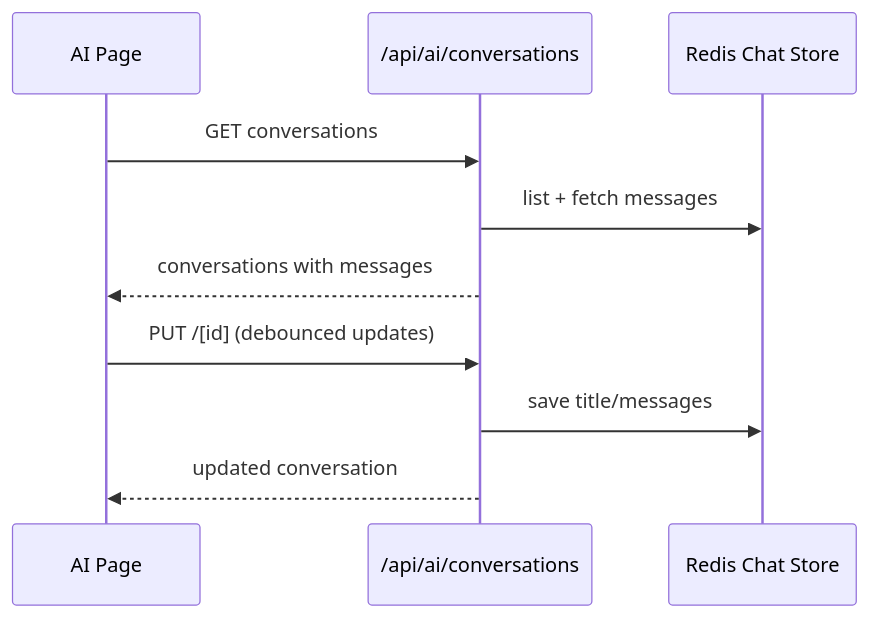
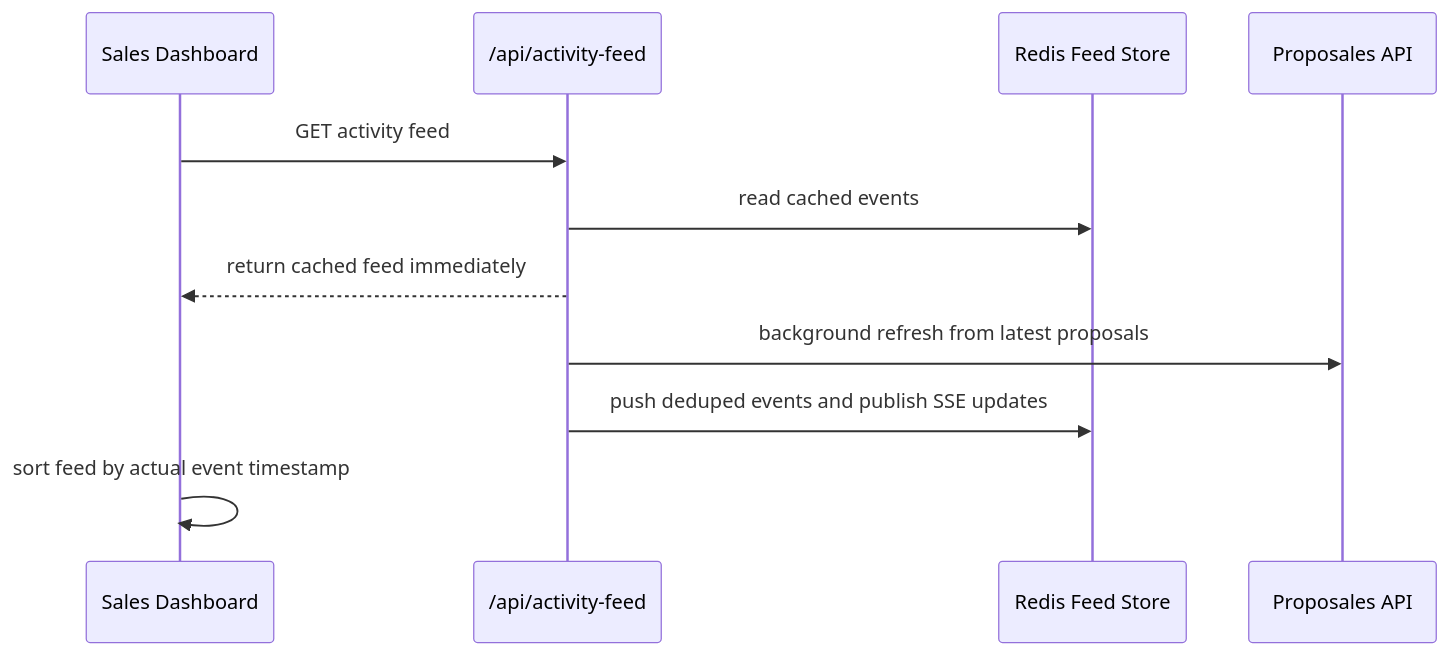
The fourth of 4 diagrams in docs/system-design.md (ponraj1989/proposales-case), drawn with Mermaid before and after one commit. The commit also changed other lines of this file and 1 other file, not shown here.

````diff
--- a/docs/system-design.md
+++ b/docs/system-design.md
@@ -70,14 +253,14 @@
 ```mermaid
 sequenceDiagram
-    participant UI as AI Page
-    participant ConvAPI as /api/ai/conversations
-    participant Redis as Redis Chat Store
+    participant UI as Sales Dashboard
+    participant FeedAPI as /api/activity-feed
+    participant Redis as Redis Feed Store
+    participant Prop as Proposales API
 
-    UI->>ConvAPI: GET conversations
-    ConvAPI->>Redis: list + fetch messages
-    ConvAPI-->>UI: conversations with messages
-
-    UI->>ConvAPI: PUT /[id] (debounced updates)
-    ConvAPI->>Redis: save title/messages
-    ConvAPI-->>UI: updated conversation
+    UI->>FeedAPI: GET activity feed
+    FeedAPI->>Redis: read cached events
+    FeedAPI-->>UI: return cached feed immediately
+    FeedAPI->>Prop: background refresh from latest proposals
+    FeedAPI->>Redis: push deduped events and publish SSE updates
+    UI->>UI: sort feed by actual event timestamp
 ```
````
